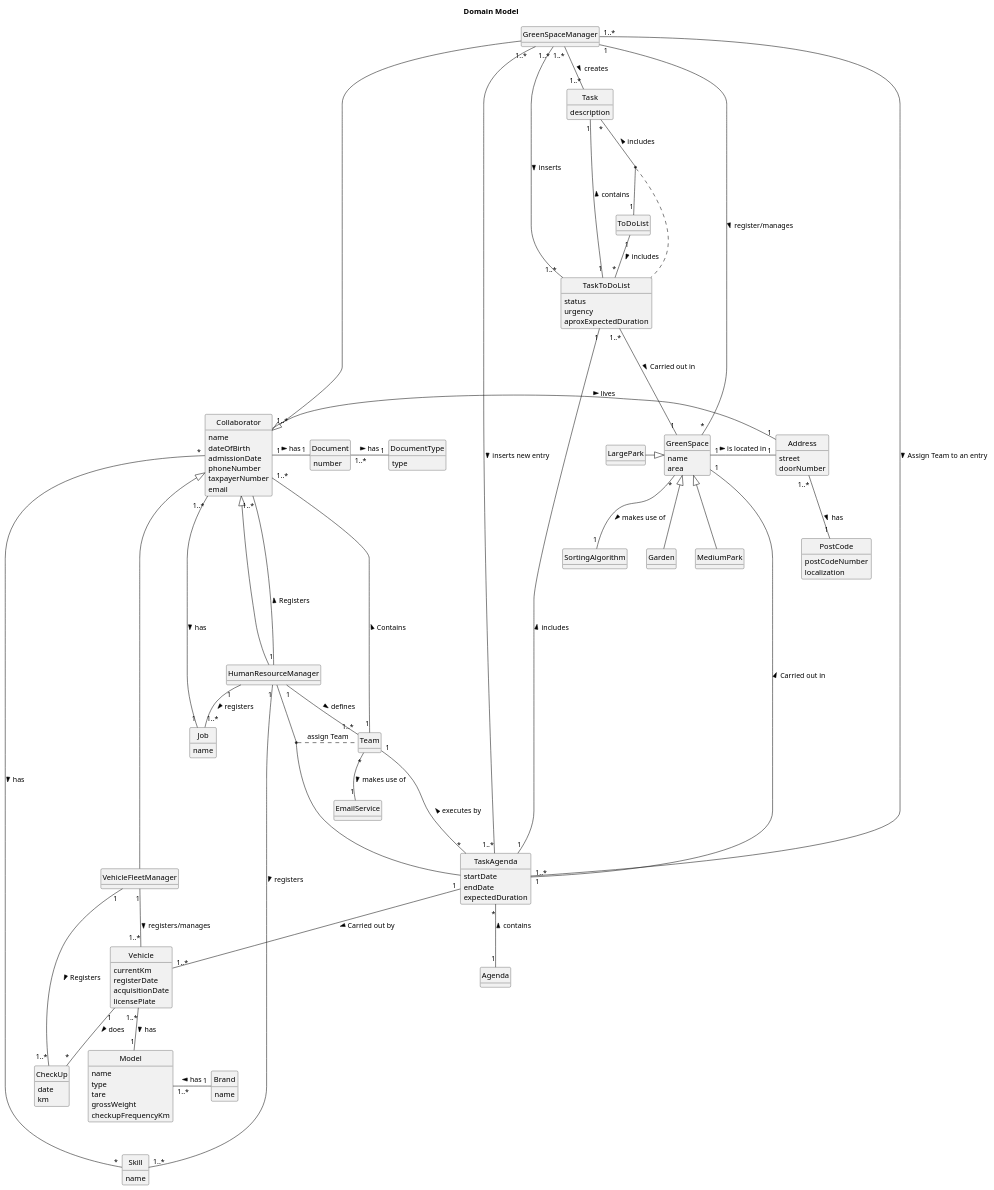
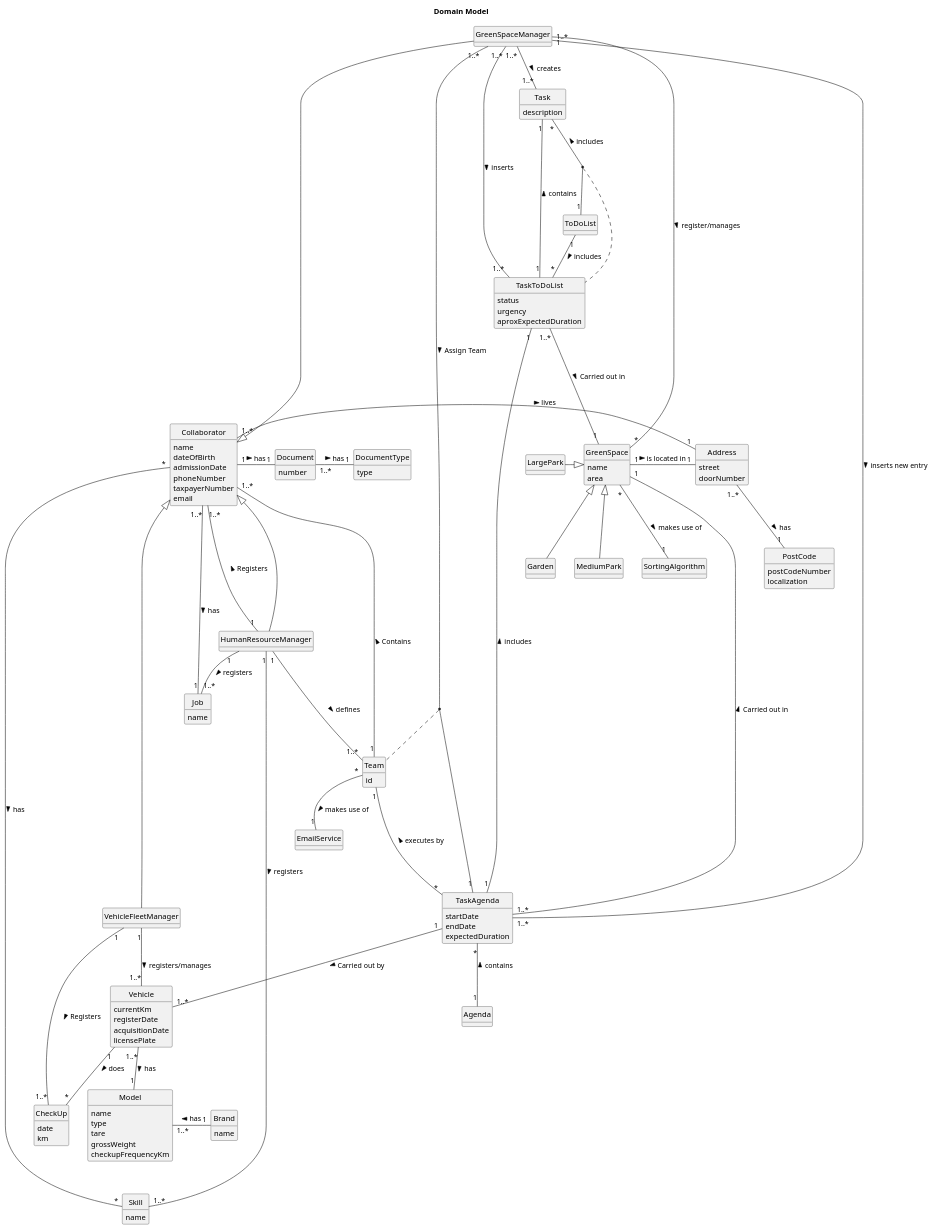
Before and after one commit to Departamento-de-Engenharia-Informatica/lei-24-s2-1db-g022: the diagram in docs/sprint3/global-artifacts/02.analysis/puml/partial-use-domain-model.puml, drawn with PlantUML. The commit also changed 23 other files, not shown here.

```diff
--- a/docs/sprint3/global-artifacts/02.analysis/puml/partial-use-domain-model.puml
+++ b/docs/sprint3/global-artifacts/02.analysis/puml/partial-use-domain-model.puml
@@ -1,182 +1,184 @@
 @startuml
 skinparam monochrome true
 skinparam packageStyle rectangle
 skinparam shadowing false
 skinparam classAttributeIconSize 0
 hide circle
 hide methods
 
 title Domain Model
 
 class Collaborator {
     name
     dateOfBirth
     admissionDate
     phoneNumber
     taxpayerNumber
     email
 }
 
 class Document{
     number
 }
 
 class DocumentType{
     type
 }
 
 class Address {
     street
     doorNumber
 }
 
 class PostCode{
     postCodeNumber
     localization
 }
 
 class VehicleFleetManager {
 }
 
 class HumanResourceManager {
 }
 
 class Brand {
      name
 }
 
 class Model {
      name
      type
      tare
      grossWeight
      checkupFrequencyKm
 }
 
 class Vehicle {
     currentKm
     registerDate
     acquisitionDate
     licensePlate
 }
 
 class Skill{
     name
 }
 
 class Job{
     name
 }
+
 class Team{
+    id
 }
 
 class CheckUp{
     date
     km
 }
 
 class GreenSpaceManager {
 }
 
 class GreenSpace {
     name
     area
 }
 
 class Garden {
 }
 
 class MediumPark {
 }
 
 class LargePark {
 }
 
 class ToDoList {
 }
 
 class TaskToDoList{
     status
     urgency
     aproxExpectedDuration
 }
 
 class TaskAgenda{
     startDate
     endDate
     expectedDuration
 }
 
 class Task {
     description
 }
 
 class Agenda{
 }
 
 Address "1..*" -- "1" PostCode : has >
 
 Document "1..*" - "1" DocumentType : has >
 
 '-------------Collaborator-------------
 Collaborator "1" - "1" Document : has >
 Collaborator "1..*" --- "1" Job : has >
 Collaborator  <|--  HumanResourceManager
 Collaborator <|-- VehicleFleetManager
 GreenSpaceManager  -|>  Collaborator
 Address "1" - "1..*" Collaborator : lives <
 Skill "*" ---------- "*" Collaborator : has <
 Collaborator "1..*" ----- "1" Team : Contains <
 
 '-------------HumanResourceManager-------------
 HumanResourceManager "1" -- "1..*" Skill : registers >
 HumanResourceManager "1" -- "1..*" Job : registers >
 HumanResourceManager "1" --- "1..*" Collaborator : Registers >
 HumanResourceManager "1" -- "1..*" Team : defines >
 
 '-------------VehicleFleetManager-------------
 VehicleFleetManager "1" -- "1..*" Vehicle : registers/manages >
 VehicleFleetManager "1" -- "1..*" CheckUp : Registers >
 
 '-------------Brand-------------
 Brand "1" -l  "1..*" Model : has >
 
 '-------------Vehicle-------------
 Vehicle "1..*" -- "1" Model : has >
 Vehicle "1" -- "*" CheckUp : does >
 
 '-------------GreenSpaceManager-------------
 GreenSpaceManager "1" - "*" GreenSpace : register/manages >
 GreenSpaceManager "1..*" -- "1..*" Task : creates >
 GreenSpaceManager "1..*" - "1..*" TaskToDoList : inserts >
 GreenSpaceManager "1..*" - "1..*" TaskAgenda : inserts new entry >
-GreenSpaceManager "1..*" - "1" TaskAgenda : Assign Team to an entry >
+GreenSpaceManager "1..*" - "1" TaskAgenda : Assign Team >
 
 '-------------GreenSpace-------------
 GreenSpace "1" - "1" Address : is located in >
 GreenSpace <|-- Garden
 GreenSpace <|-- MediumPark
 GreenSpace <|-l- LargePark
 GreenSpace "*" -- "1" SortingAlgorithm : makes use of >
 
 '-------------Task-------------
 TaskAgenda "1..*" --- "1" GreenSpace :  Carried out in  >
 TaskAgenda "1" -- "1..*" Vehicle : Carried out by >
 TaskToDoList "1..*" --- "1" GreenSpace :  Carried out in  >
 
 Task "*" -- "1" ToDoList : includes <
 
 Team "1" --- "*" TaskAgenda : executes by <
 Agenda "1" -u- "*" TaskAgenda : contains >
 
 EmailService "1" -u- "*" Team :  makes use of <
 
 (Task,ToDoList) .. TaskToDoList
-(HumanResourceManager,TaskAgenda) .. Team : assign Team
+(GreenSpaceManager,TaskAgenda) .. Team
 
 TaskAgenda "1" - "1" TaskToDoList : includes >
 
 ToDoList "1" -- "*" TaskToDoList : includes  >
 
 TaskToDoList "1" -u- "1" Task : contains >
 @enduml
```
